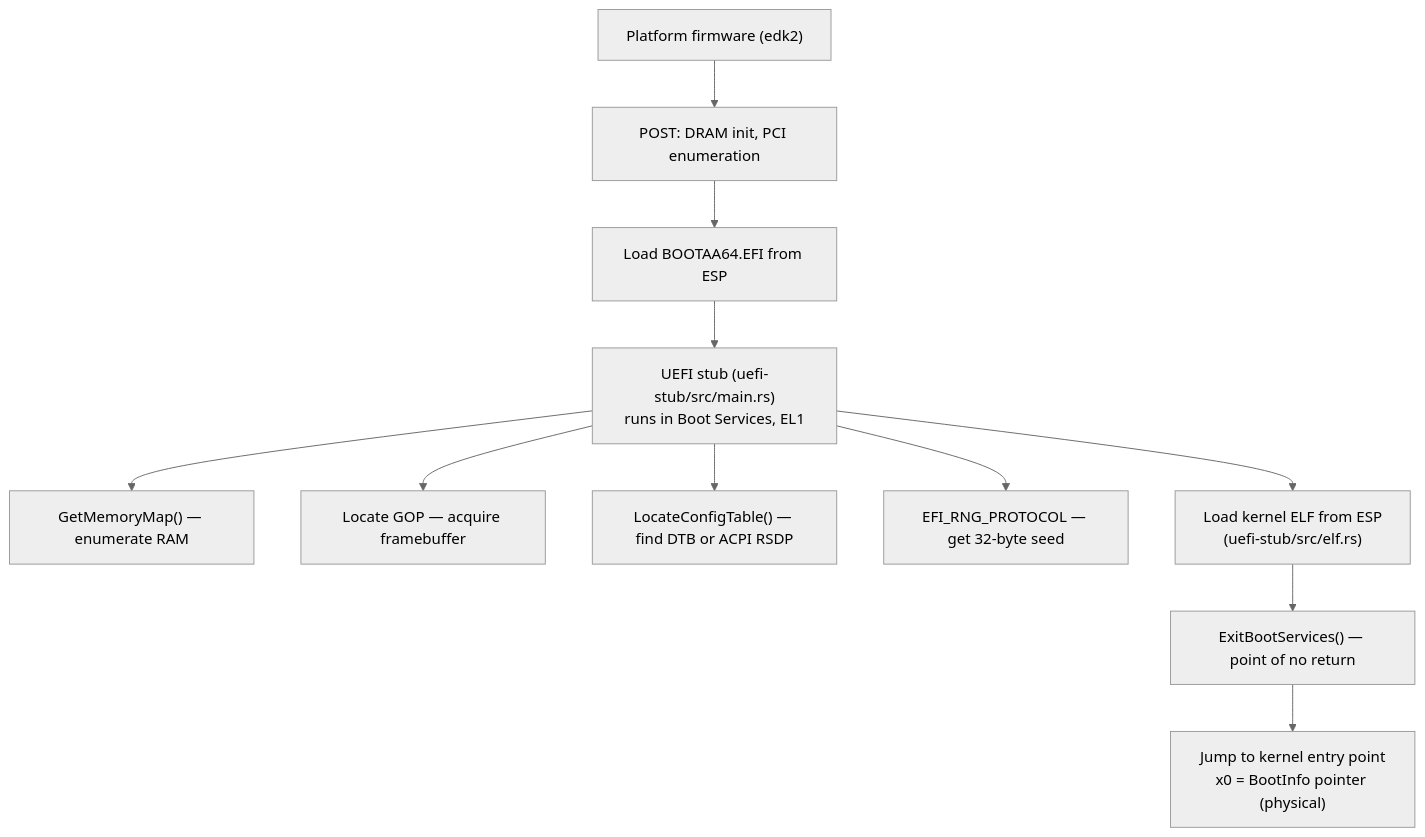
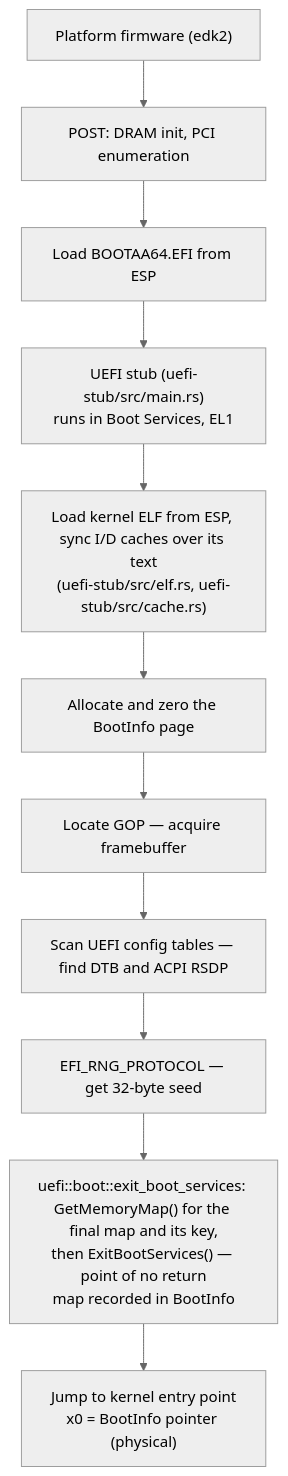
The first of 4 diagrams in docs/platform/bsp/firmware.md (juslee/aios), drawn with Mermaid (neutral theme) before and after one commit. The commit also changed other lines of this file and 10 other files, not shown here.

First line of the commit message:
uefi-stub: sync I/D caches over kernel text before the jump (#197) (#210)

````diff
--- a/docs/platform/bsp/firmware.md
+++ b/docs/platform/bsp/firmware.md
@@ -28,13 +28,13 @@
 ```mermaid
 flowchart TD
     FW["Platform firmware (edk2)"] --> POST["POST: DRAM init, PCI enumeration"]
     POST --> ESP_LOAD["Load BOOTAA64.EFI from ESP"]
     ESP_LOAD --> STUB["UEFI stub (uefi-stub/src/main.rs)<br/>runs in Boot Services, EL1"]
-    STUB --> MEM["GetMemoryMap() — enumerate RAM"]
-    STUB --> GOP["Locate GOP — acquire framebuffer"]
-    STUB --> CFG["LocateConfigTable() — find DTB or ACPI RSDP"]
-    STUB --> RNG["EFI_RNG_PROTOCOL — get 32-byte seed"]
-    STUB --> ELF["Load kernel ELF from ESP<br/>(uefi-stub/src/elf.rs)"]
-    ELF --> EBS["ExitBootServices() — point of no return"]
+    STUB --> ELF["Load kernel ELF from ESP, sync I/D caches over its text<br/>(uefi-stub/src/elf.rs, uefi-stub/src/cache.rs)"]
+    ELF --> BI["Allocate and zero the BootInfo page"]
+    BI --> GOP["Locate GOP — acquire framebuffer"]
+    GOP --> CFG["Scan UEFI config tables — find DTB and ACPI RSDP"]
+    CFG --> RNG["EFI_RNG_PROTOCOL — get 32-byte seed"]
+    RNG --> EBS["uefi::boot::exit_boot_services: GetMemoryMap() for the final map and its key,<br/>then ExitBootServices() — point of no return<br/>map recorded in BootInfo"]
     EBS --> JUMP["Jump to kernel entry point<br/>x0 = BootInfo pointer (physical)"]
 ```
````
